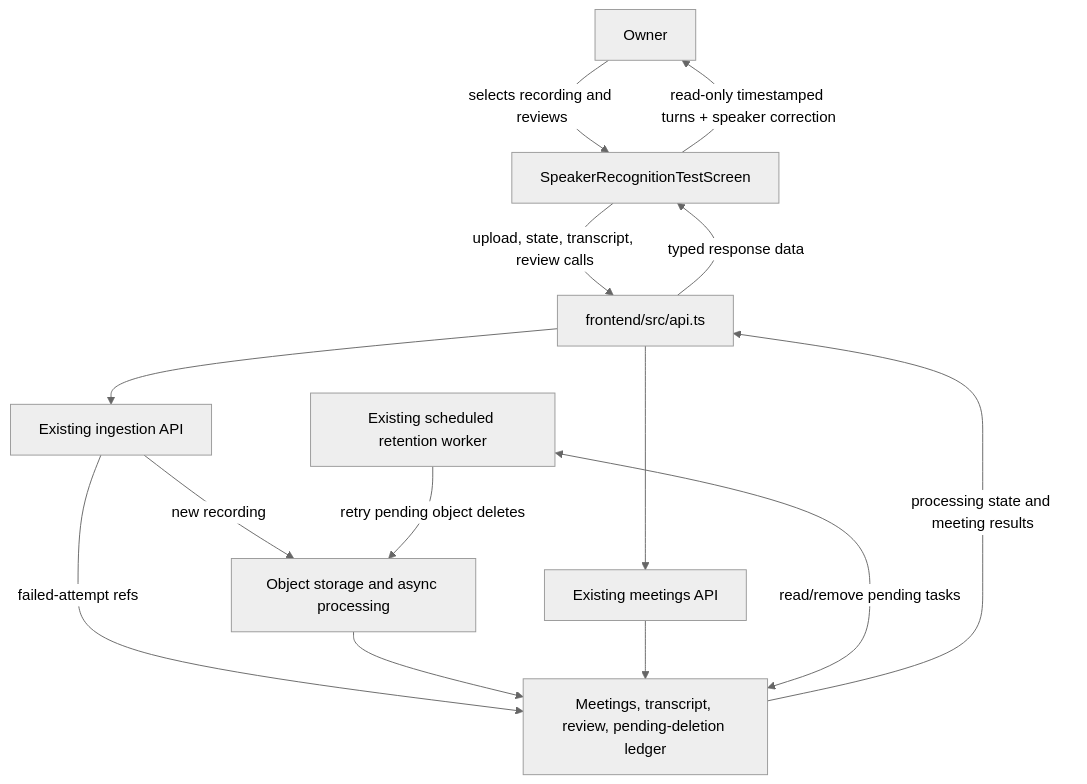
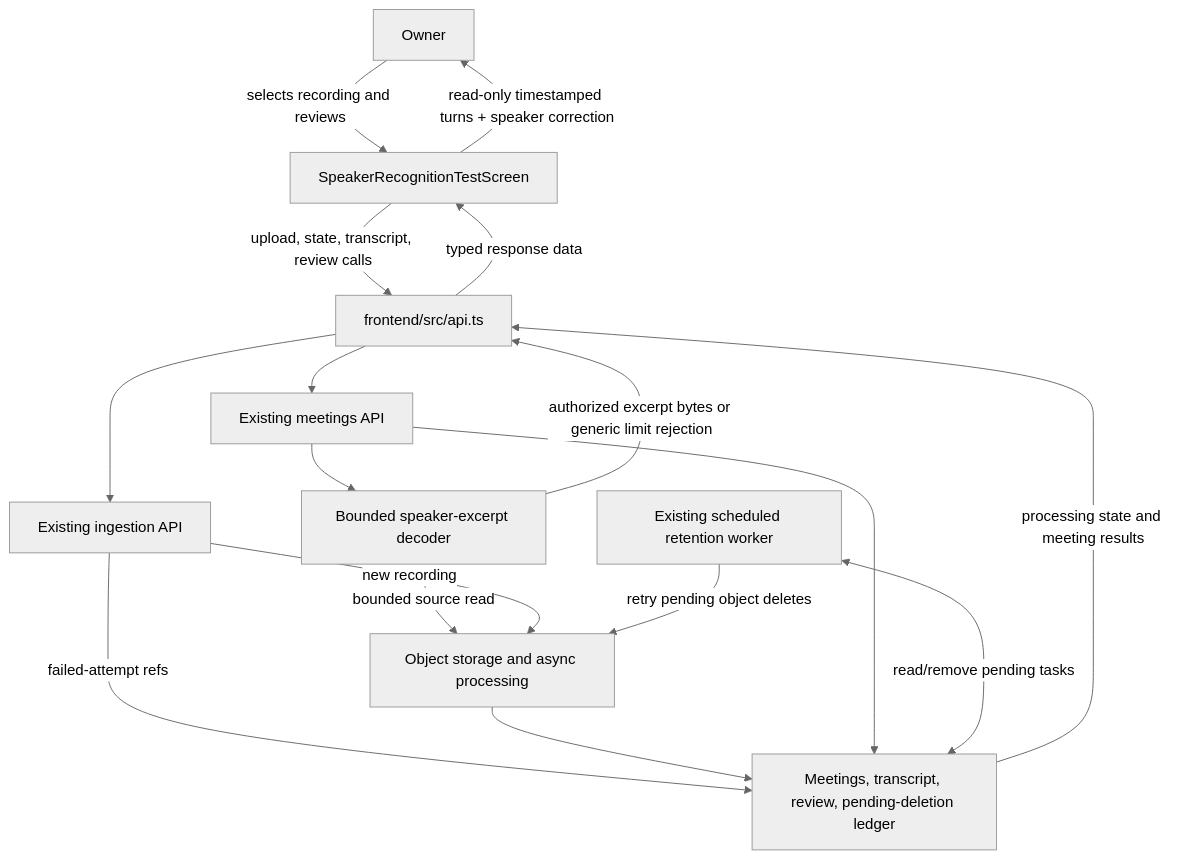
The first of 2 diagrams in .spectra/specs/speaker-recognition-test-screen/design.md (lufermalgo/sauri), drawn with Mermaid (neutral theme) before and after one commit. The commit also changed other lines of this file and 1 other file, not shown here.

Commit message:
docs(#599): design bounded speaker excerpt decoding

````diff
--- a/.spectra/specs/speaker-recognition-test-screen/design.md
+++ b/.spectra/specs/speaker-recognition-test-screen/design.md
@@ -33,16 +38,19 @@
 ```mermaid
 graph TD
     U[Owner] -->|selects recording and reviews| TS[SpeakerRecognitionTestScreen]
     TS -->|upload, state, transcript, review calls| API[frontend/src/api.ts]
     API --> ING[Existing ingestion API]
     API --> MEET[Existing meetings API]
-    ING -->|new recording| STORE[Object storage and async processing]
+    MEET --> BDEC[Bounded speaker-excerpt decoder]
+    BDEC -->|bounded source read| STORE[Object storage and async processing]
+    BDEC -->|authorized excerpt bytes or generic limit rejection| API
+    ING -->|new recording| STORE
     ING -->|failed-attempt refs| DB[Meetings, transcript, review, pending-deletion ledger]
     STORE --> DB
     MEET --> DB
     DB -->|processing state and meeting results| API
     RET[Existing scheduled retention worker] -->|retry pending object deletes| STORE
     RET <-->|read/remove pending tasks| DB
     API -->|typed response data| TS
     TS -->|read-only timestamped turns + speaker correction| U
 ```
````
